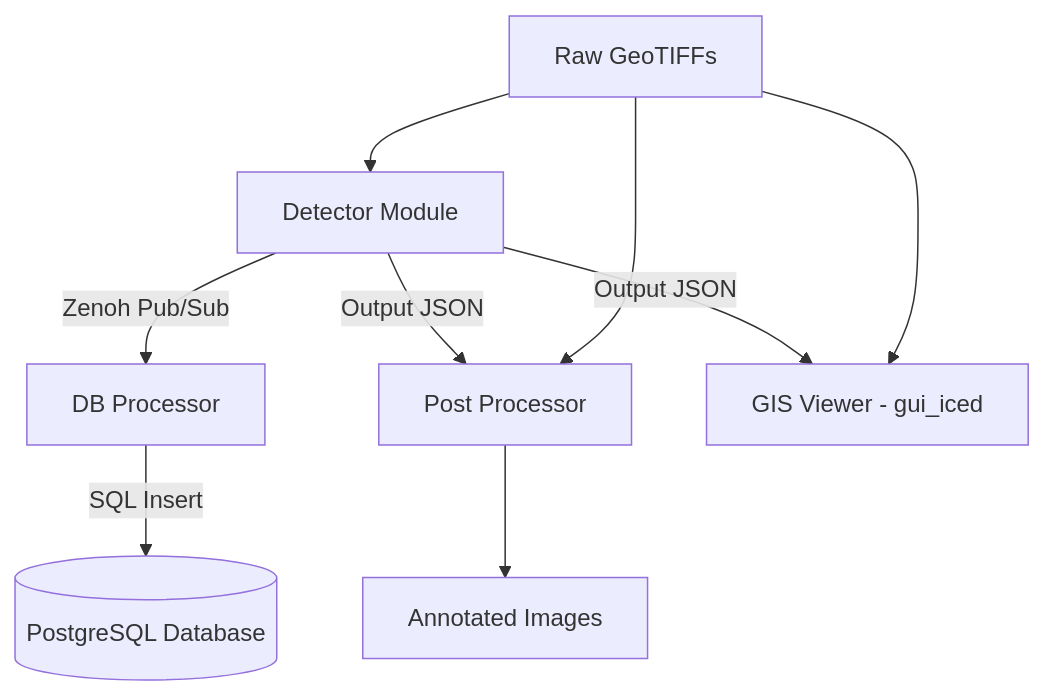
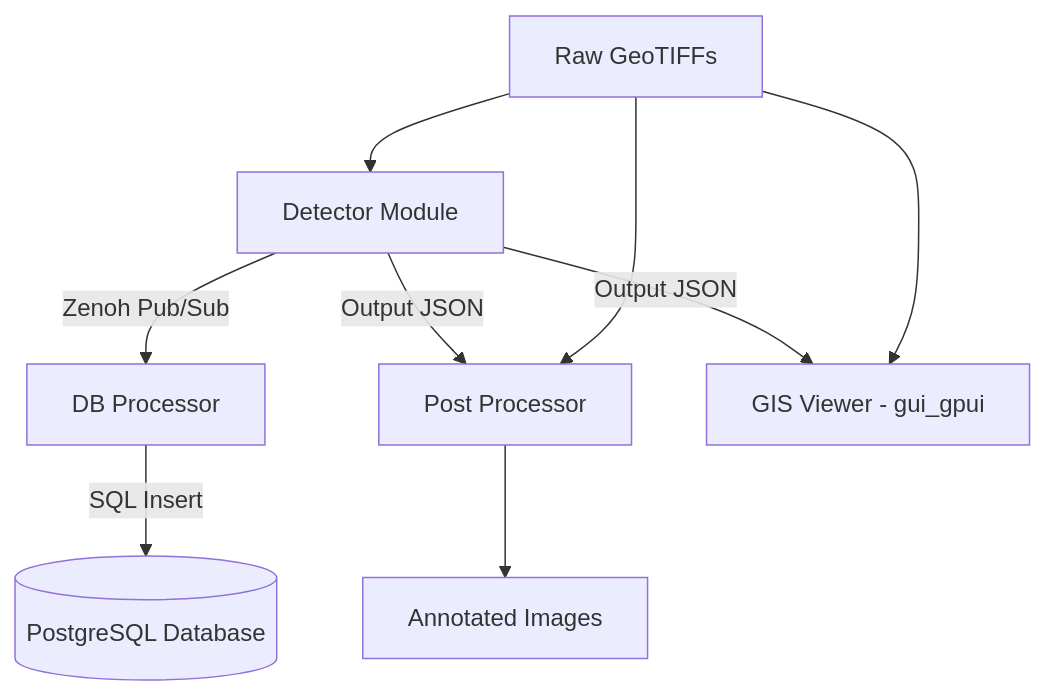
The diagram in readme.md (shatadalsamui/SAMDEF), drawn with Mermaid before and after one commit. The commit also changed other lines of this file and 66 other files, not shown here.

Commit message:
Migrate SAMDEF GIS Exploitation Viewer from Iced (gui_iced) to GPUI (gui_gpui)

````diff
--- a/readme.md
+++ b/readme.md
@@ -203,11 +204,11 @@
 ```mermaid
 flowchart TD
     A[Raw GeoTIFFs] --> B[Detector Module]
     B -->|Zenoh Pub/Sub| C[DB Processor]
     C -->|SQL Insert| D[(PostgreSQL Database)]
     B -->|Output JSON| E[Post Processor]
     A --> E
     E --> F[Annotated Images]
-    B -->|Output JSON| G[GIS Viewer - gui_iced]
+    B -->|Output JSON| G[GIS Viewer - gui_gpui]
     A --> G
 ```
````
